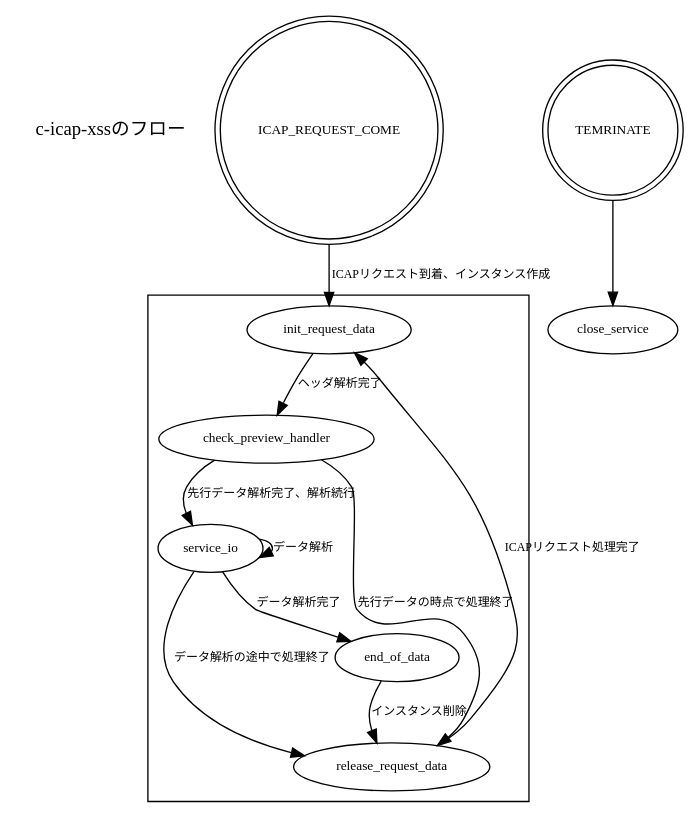
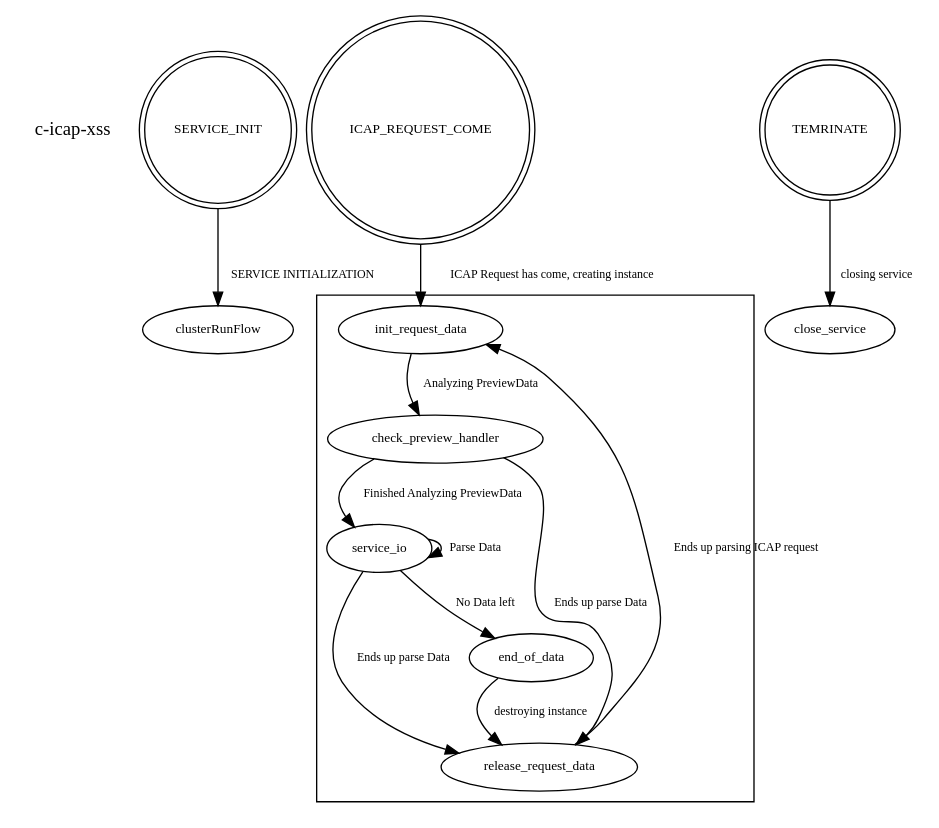
One commit to syakesaba/c-icap-xss changed the diagram in flow.dot. Above: the diagram before and after it, drawn with Graphviz. The commit also changed 1 other file, not shown here.

```diff
--- a/flow.dot
+++ b/flow.dot
@@ -1,33 +1,36 @@
 /*
 Graphviz - DOT language writing!
 dot -Tjpg flow.dot -o flow.jpg
 */
 
 digraph Diagram {
-    PROFILE [label = "c-icap-xssのフロー", shape=none];
+    PROFILE [label = "c-icap-xss", shape=none];
     nodesep=0.1;
     //デフォルトノード
     node [fontsize=10];
     //デフォルトエッジ
     edge [fontsize=9];
 
-    ICAP_REQUEST_COME [shape=doublecircle]
-    ICAP_REQUEST_COME -> init_request_data [label="ICAPリクエスト到着、インスタンス作成"]
+    SERVICE_INIT [shape=doublecircle, label="SERVICE_INIT"];
+    SERVICE_INIT -> clusterRunFlow [label="SERVICE INITIALIZATION"];
+
+    ICAP_REQUEST_COME [shape=doublecircle];
+    ICAP_REQUEST_COME -> init_request_data [label="ICAP Request has come, creating instance"];
     subgraph clusterRunFlow {
-        init_request_data -> check_preview_handler [label="ヘッダ解析完了"];
-        check_preview_handler -> service_io [label="先行データ解析完了、解析続行"];
-        check_preview_handler -> release_request_data [label="先行データの時点で処理終了"];
-        service_io -> service_io [label="データ解析"];
-        service_io -> release_request_data [label="データ解析の途中で処理終了"];
-        service_io -> end_of_data [label="データ解析完了"];
-        end_of_data -> release_request_data [label="インスタンス削除"];
-        release_request_data -> init_request_data [label="ICAPリクエスト処理完了"];
+        init_request_data -> check_preview_handler [label="Analyzing PreviewData"];
+        check_preview_handler -> service_io [label="Finished Analyzing PreviewData"];
+        check_preview_handler -> release_request_data [label="Ends up parse Data"];
+        service_io -> service_io [label="Parse Data"];
+        service_io -> release_request_data [label="Ends up parse Data"];
+        service_io -> end_of_data [label="No Data left"];
+        end_of_data -> release_request_data [label="destroying instance"];
+        release_request_data -> init_request_data [label="Ends up parsing ICAP request"];
     }
 
-    SIGTERM [shape=doublecircle, label="TEMRINATE"]
+    SIGTERM [shape=doublecircle, label="TEMRINATE"];
 
     subgraph HaltFlow {
-        SIGTERM -> close_service [label=""];
+        SIGTERM -> close_service [label="closing service"];
     }
-    { rank=same; ICAP_REQUEST_COME SIGTERM } //配置を一緒の階層にする
+    { rank=same; SERVICE_INIT ICAP_REQUEST_COME SIGTERM }
 }
```
